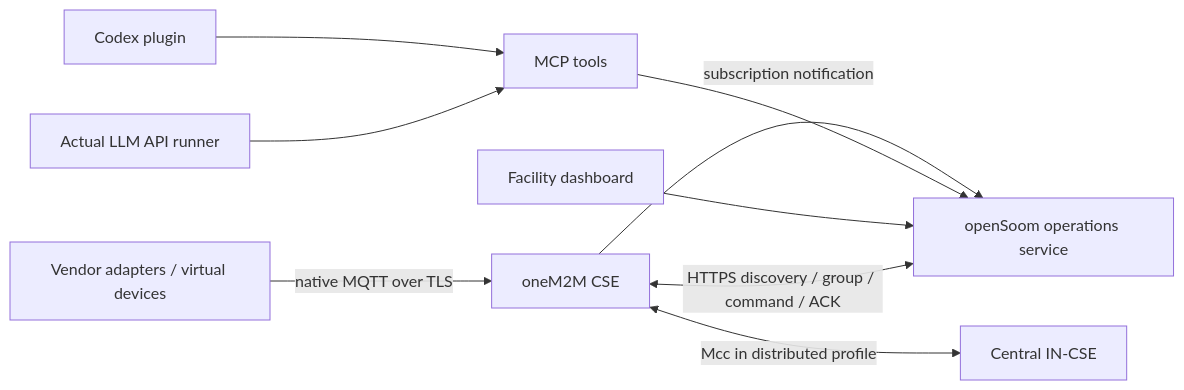
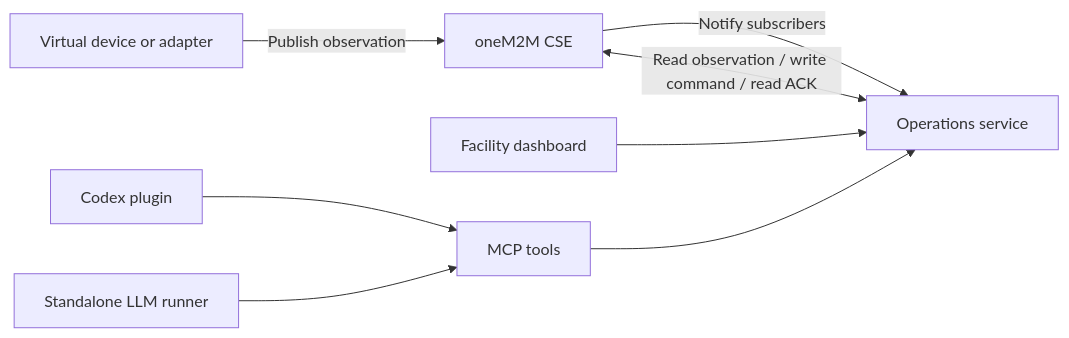
One commit to openSoom/openSoom changed the diagram in README.md. Above: the diagram before and after it, drawn with Mermaid. The commit also changed other lines of this file and 2 other files, not shown here.

Commit message:
Introduce openSoom logo artwork and reorganize the open-source README

````diff
--- a/README.md
+++ b/README.md
@@ -65,11 +91,10 @@
 ```mermaid
 flowchart LR
-  A[Vendor adapters / virtual devices] -->|native MQTT over TLS| C[oneM2M CSE]
-  C -->|subscription notification| O[openSoom operations service]
-  O <-->|HTTPS discovery / group / command / ACK| C
-  H[Codex plugin] --> M[MCP tools]
-  L[Actual LLM API runner] --> M
-  M --> O
-  D[Facility dashboard] --> O
-  C <-->|Mcc in distributed profile| I[Central IN-CSE]
+  Device[Virtual device or adapter] -->|Publish observation| CSE[oneM2M CSE]
+  CSE -->|Notify subscribers| Ops[Operations service]
+  Ops <-->|Read observation / write command / read ACK| CSE
+  Dashboard[Facility dashboard] --> Ops
+  Codex[Codex plugin] --> Tools[MCP tools]
+  LLM[Standalone LLM runner] --> Tools
+  Tools --> Ops
 ```
````
